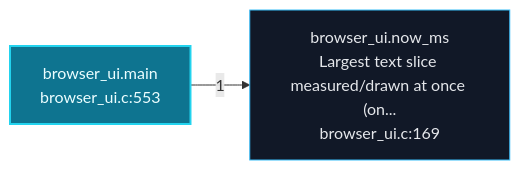
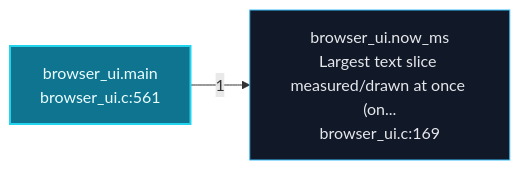
Before and after one commit to grisuno/FreeDom: the second of 6 diagrams in readmenator-apidocs/architecture.md, drawn with Mermaid. The commit also changed other lines of this file and 263 other files, not shown here.

````diff
--- a/readmenator-apidocs/architecture.md
+++ b/readmenator-apidocs/architecture.md
@@ -96,8 +96,8 @@
 ```mermaid
 flowchart LR
     classDef default fill:#111827,stroke:#38bdf8,color:#e5e7eb;
     classDef entry fill:#0e7490,stroke:#22d3ee,color:#ecfeff,stroke-width:2px;
-    n_gui_browser_ui_c__main["browser_ui.main<br/>browser_ui.c:553"]:::entry
+    n_gui_browser_ui_c__main["browser_ui.main<br/>browser_ui.c:561"]:::entry
     n_gui_browser_ui_c__now_ms["browser_ui.now_ms<br/>Largest text slice measured/drawn at once (on...<br/>browser_ui.c:169"]:::default
     n_gui_browser_ui_c__main -->|"1"| n_gui_browser_ui_c__now_ms
 ```
````
